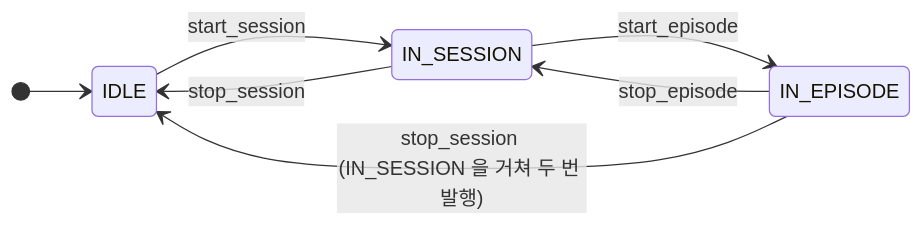
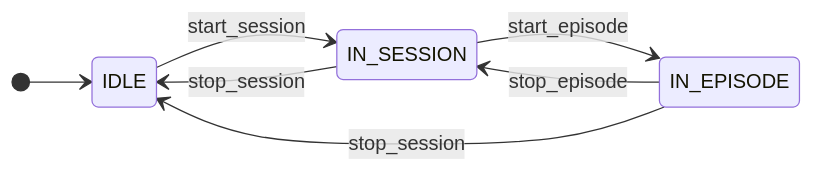
Before and after one commit to kwlee0220/rdfp_ws: the fourth of 10 diagrams in docs/rdfp_프레임워크_전체_구조와_설계.md, drawn with Mermaid. The commit also changed other lines of this file and 32 other files, not shown here.

````diff
--- a/docs/rdfp_프레임워크_전체_구조와_설계.md
+++ b/docs/rdfp_프레임워크_전체_구조와_설계.md
@@ -352,10 +297,10 @@
 ```mermaid
 stateDiagram-v2
     direction LR
     [*] --> IDLE
     IDLE --> IN_SESSION : start_session
     IN_SESSION --> IN_EPISODE : start_episode
     IN_EPISODE --> IN_SESSION : stop_episode
     IN_SESSION --> IDLE : stop_session
-    IN_EPISODE --> IDLE : stop_session (IN_SESSION 을 거쳐 두 번 발행)
+    IN_EPISODE --> IDLE : stop_session
 ```
````
